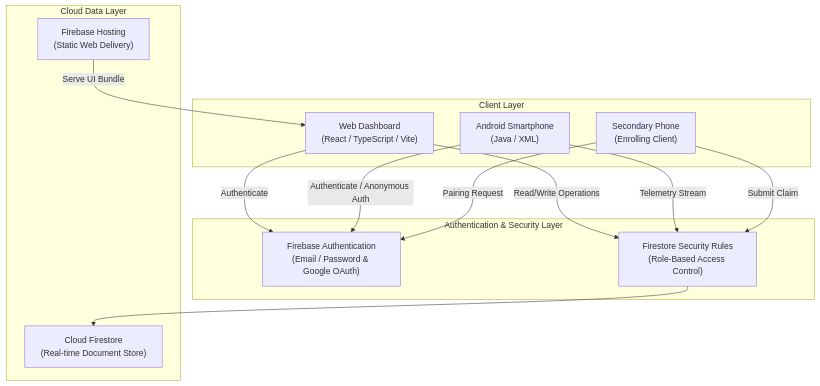
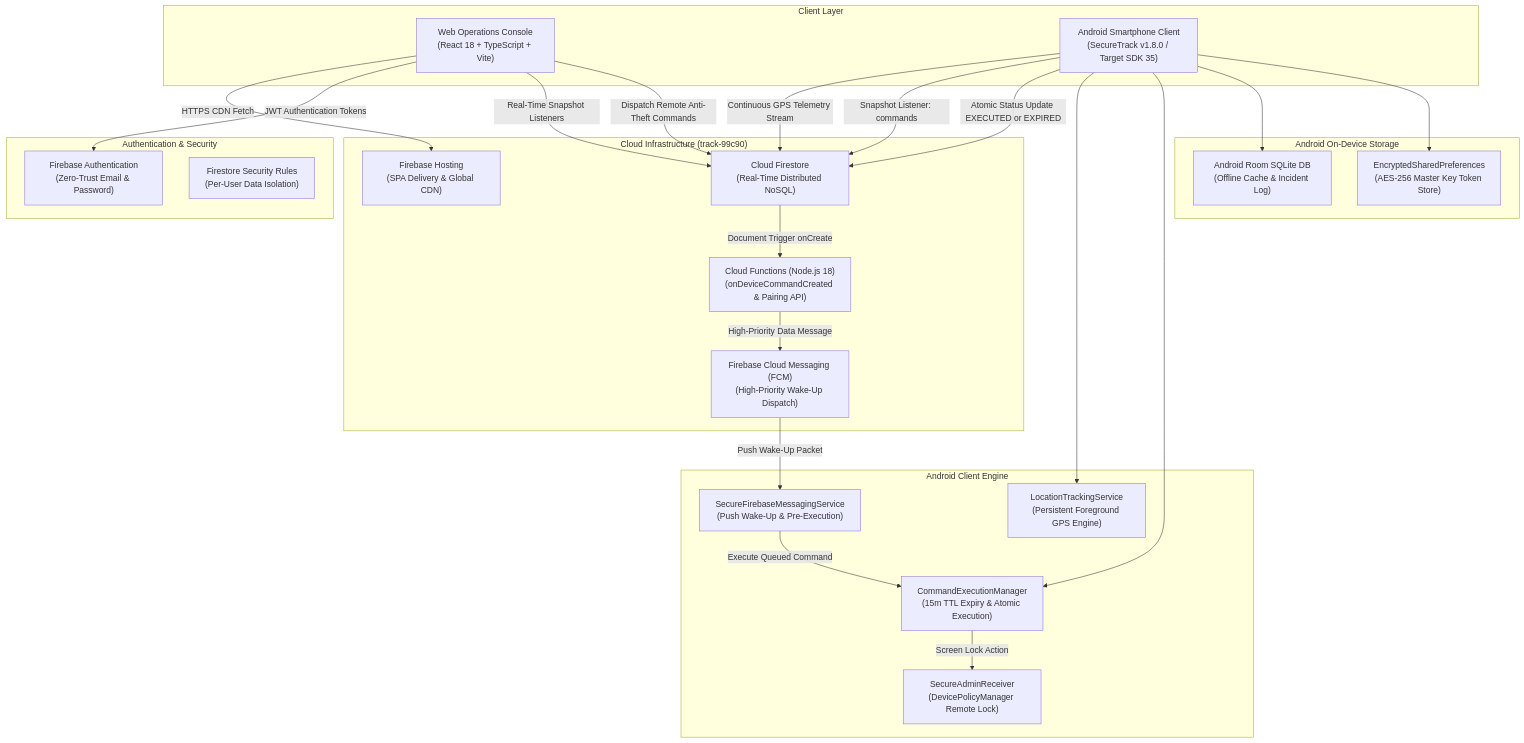
One commit to dhanushs602848/SecureTrack changed the diagram in docs/SYSTEM_ARCHITECTURE.md. Above: the diagram before and after it, drawn with Mermaid. The commit also changed other lines of this file and 5 other files, not shown here.

Commit message:
docs: fix system architecture diagrams and update about section across project

````diff
--- a/docs/SYSTEM_ARCHITECTURE.md
+++ b/docs/SYSTEM_ARCHITECTURE.md
@@ -6,29 +6,51 @@
 ```mermaid
 graph TD
-    subgraph Clients ["Client Layer"]
-        A["Android Smartphone<br/>(Java / XML)"]
-        B["Secondary Phone<br/>(Enrolling Client)"]
-        W["Web Dashboard<br/>(React / TypeScript / Vite)"]
+    subgraph ClientLayer ["Client Layer"]
+        Browser["Web Operations Console<br/>(React 18 + TypeScript + Vite)"]
+        Phone["Android Smartphone Client<br/>(SecureTrack v1.8.0 / Target SDK 35)"]
     end
 
-    subgraph Security ["Authentication & Security Layer"]
-        FA["Firebase Authentication<br/>(Email / Password & Google OAuth)"]
-        SR["Firestore Security Rules<br/>(Role-Based Access Control)"]
+    subgraph SecurityAuth ["Authentication & Security"]
+        Auth["Firebase Authentication<br/>(Zero-Trust Email & Password)"]
+        SecurityRules["Firestore Security Rules<br/>(Per-User Data Isolation)"]
     end
 
-    subgraph Cloud ["Cloud Data Layer"]
-        CF["Cloud Firestore<br/>(Real-time Document Store)"]
-        FH["Firebase Hosting<br/>(Static Web Delivery)"]
+    subgraph CloudLayer ["Cloud Infrastructure (track-99c90)"]
+        Hosting["Firebase Hosting<br/>(SPA Delivery & Global CDN)"]
+        Firestore["Cloud Firestore<br/>(Real-Time Distributed NoSQL)"]
+        Functions["Cloud Functions (Node.js 18)<br/>(onDeviceCommandCreated & Pairing API)"]
+        FCM["Firebase Cloud Messaging (FCM)<br/>(High-Priority Wake-Up Dispatch)"]
     end
 
-    W -->|Authenticate| FA
-    A -->|Authenticate / Anonymous Auth| FA
-    B -->|Pairing Request| FA
+    subgraph LocalPersistence ["Android On-Device Storage"]
+        RoomDB["Android Room SQLite DB<br/>(Offline Cache & Incident Log)"]
+        EncryptedPrefs["EncryptedSharedPreferences<br/>(AES-256 Master Key Token Store)"]
+    end
 
-    W -->|Read/Write Operations| SR
-    A -->|Telemetry Stream| SR
-    B -->|Submit Claim| SR
+    subgraph AndroidInternal ["Android Client Engine"]
+        ForegroundService["LocationTrackingService<br/>(Persistent Foreground GPS Engine)"]
+        FCMService["SecureFirebaseMessagingService<br/>(Push Wake-Up & Pre-Execution)"]
+        CommandManager["CommandExecutionManager<br/>(15m TTL Expiry & Atomic Execution)"]
+        AdminReceiver["SecureAdminReceiver<br/>(DevicePolicyManager Remote Lock)"]
+    end
 
-    SR --> CF
-    FH -->|Serve UI Bundle| W
+    Browser -->|HTTPS CDN Fetch| Hosting
+    Browser -->|JWT Authentication Tokens| Auth
+    Browser -->|Real-Time Snapshot Listeners| Firestore
+    Browser -->|Dispatch Remote Anti-Theft Commands| Firestore
+
+    Firestore -->|Document Trigger onCreate| Functions
+    Functions -->|High-Priority Data Message| FCM
+    FCM -->|Push Wake-Up Packet| FCMService
+    FCMService -->|Execute Queued Command| CommandManager
+
+    Phone -->|Continuous GPS Telemetry Stream| Firestore
+    Phone -->|Snapshot Listener: commands| Firestore
+    Phone -->|Atomic Status Update EXECUTED or EXPIRED| Firestore
+
+    Phone --> ForegroundService
+    Phone --> CommandManager
+    CommandManager -->|Screen Lock Action| AdminReceiver
+    Phone --> RoomDB
+    Phone --> EncryptedPrefs
 ```
````
